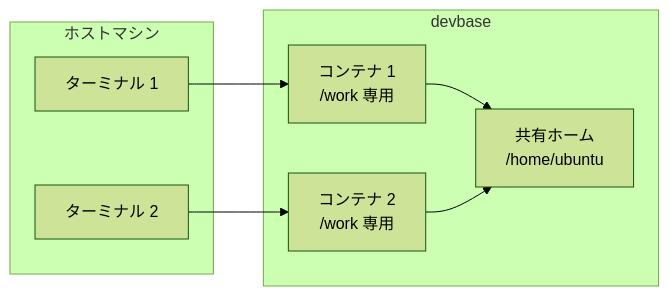
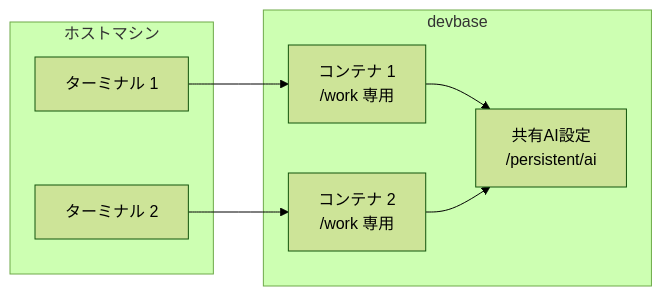
One commit to devbasex/devbase changed the second of 3 diagrams in docs/user/container-operations.md. Above: the diagram before and after it, drawn with Mermaid (forest theme). The commit also changed other lines of this file and 7 other files, not shown here.

````diff
--- a/docs/user/container-operations.md
+++ b/docs/user/container-operations.md
@@ -111,16 +111,16 @@
 ```mermaid
 graph LR
     subgraph ホストマシン
         A[ターミナル 1]
         B[ターミナル 2]
     end
     subgraph devbase
         C[コンテナ 1<br/>/work 専用]
         D[コンテナ 2<br/>/work 専用]
-        E[共有ホーム<br/>/home/ubuntu]
+        E[共有AI設定<br/>/persistent/ai]
     end
     A --> C
     B --> D
     C --> E
     D --> E
 ```
````
